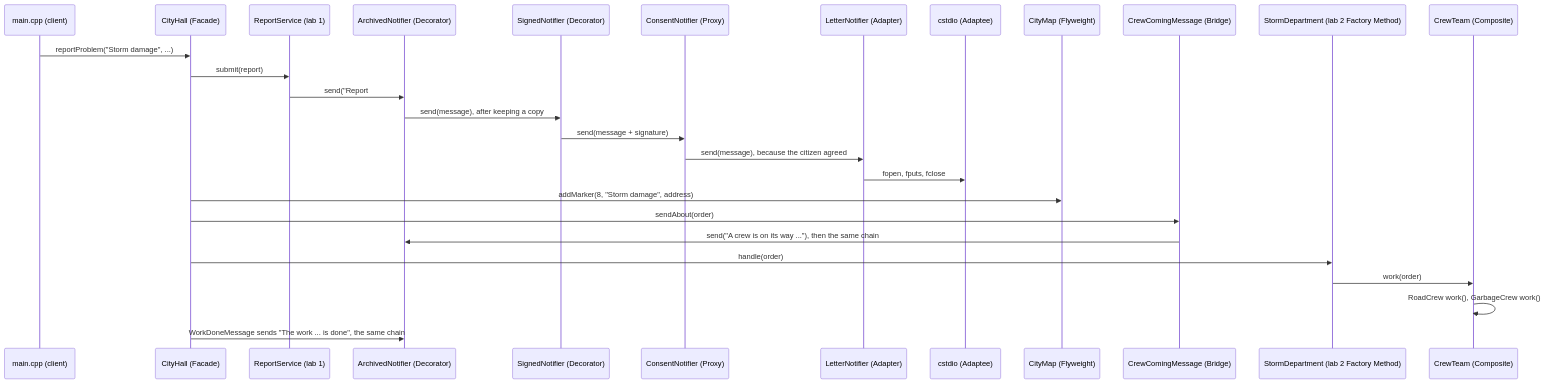
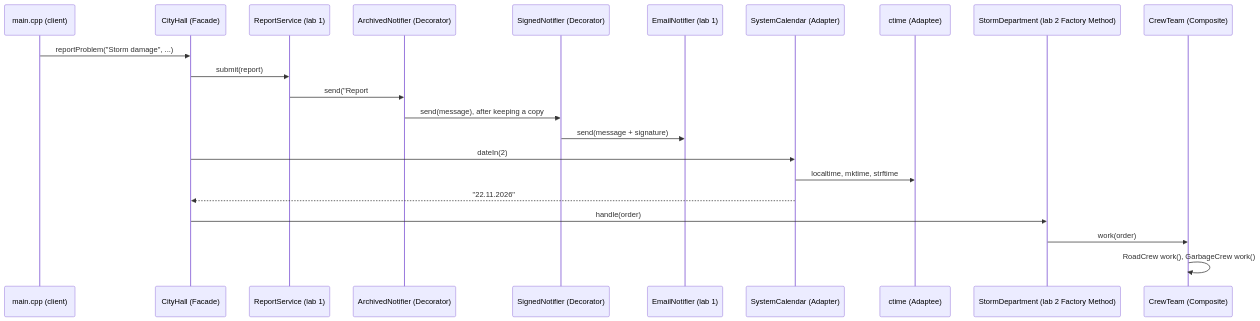
The first of 5 diagrams in Lab3/REPORT.md (EftodeAndreiFAF242/TMPS), drawn with Mermaid before and after one commit. The commit also changed other lines of this file and 2 other files, not shown here.

First line of the commit message:
Rewrite the report for the four patterns and the calendar adapter

````diff
--- a/Lab3/REPORT.md
+++ b/Lab3/REPORT.md
@@ -77,29 +67,24 @@
 ```mermaid
 sequenceDiagram
     participant main as main.cpp (client)
     participant CH as CityHall (Facade)
     participant RS as ReportService (lab 1)
     participant AN as ArchivedNotifier (Decorator)
     participant SN as SignedNotifier (Decorator)
-    participant CN as ConsentNotifier (Proxy)
-    participant LN as LetterNotifier (Adapter)
-    participant C as cstdio (Adaptee)
-    participant MAP as CityMap (Flyweight)
-    participant MSG as CrewComingMessage (Bridge)
+    participant EN as EmailNotifier (lab 1)
+    participant SC as SystemCalendar (Adapter)
+    participant C as ctime (Adaptee)
     participant SD as StormDepartment (lab 2 Factory Method)
     participant T as CrewTeam (Composite)
     main->>CH: reportProblem("Storm damage", ...)
     CH->>RS: submit(report)
-    RS->>AN: send("Report #8 was registered.")
+    RS->>AN: send("Report #5 was registered.")
     AN->>SN: send(message), after keeping a copy
-    SN->>CN: send(message + signature)
-    CN->>LN: send(message), because the citizen agreed
-    LN->>C: fopen, fputs, fclose
-    CH->>MAP: addMarker(8, "Storm damage", address)
-    CH->>MSG: sendAbout(order)
-    MSG->>AN: send("A crew is on its way ..."), then the same chain
+    SN->>EN: send(message + signature)
+    CH->>SC: dateIn(2)
+    SC->>C: localtime, mktime, strftime
+    SC-->>CH: "22.11.2026"
     CH->>SD: handle(order)
     SD->>T: work(order)
     T->>T: RoadCrew work(), GarbageCrew work()
-    CH->>AN: WorkDoneMessage sends "The work ... is done", the same chain
 ```
````
